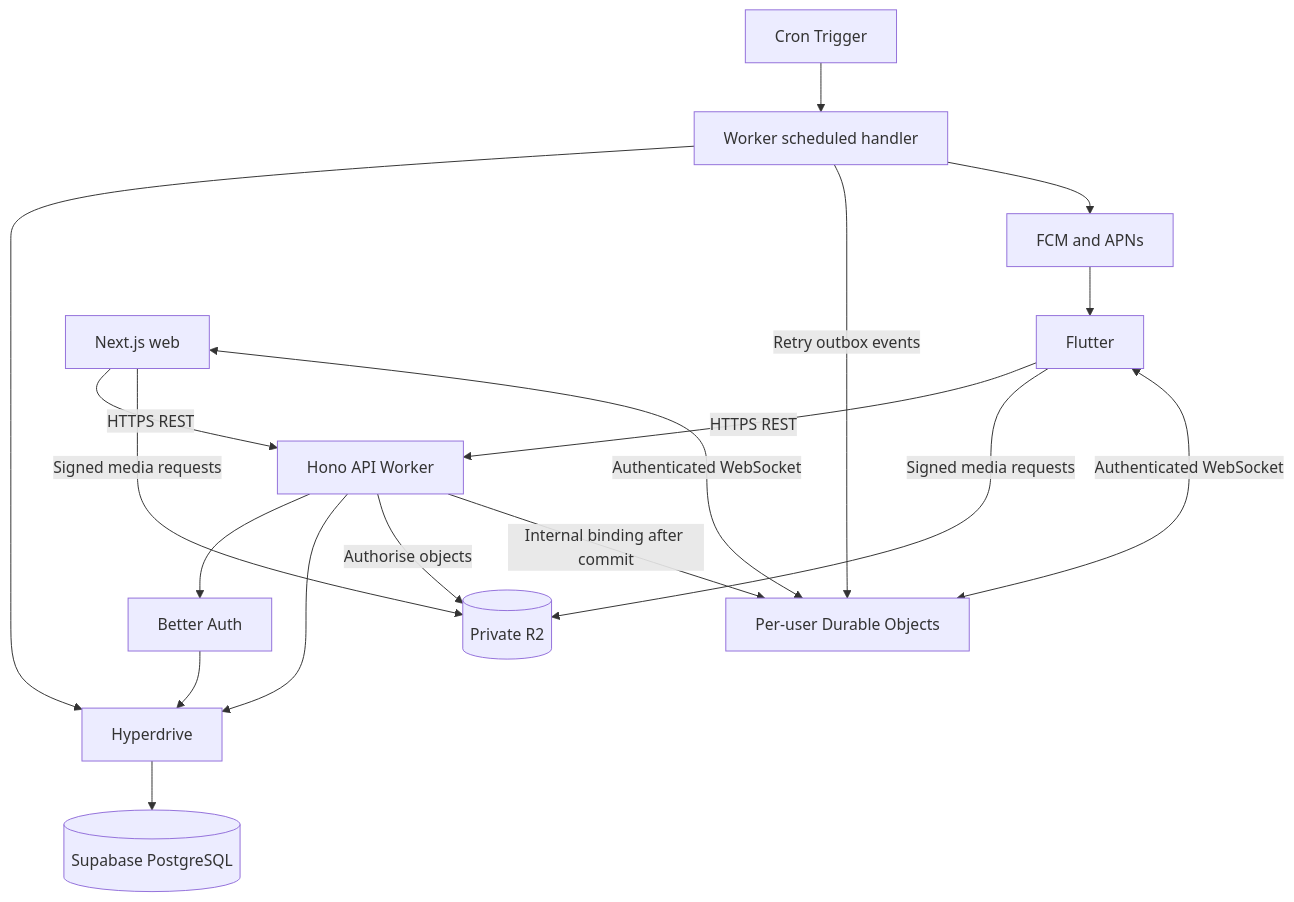
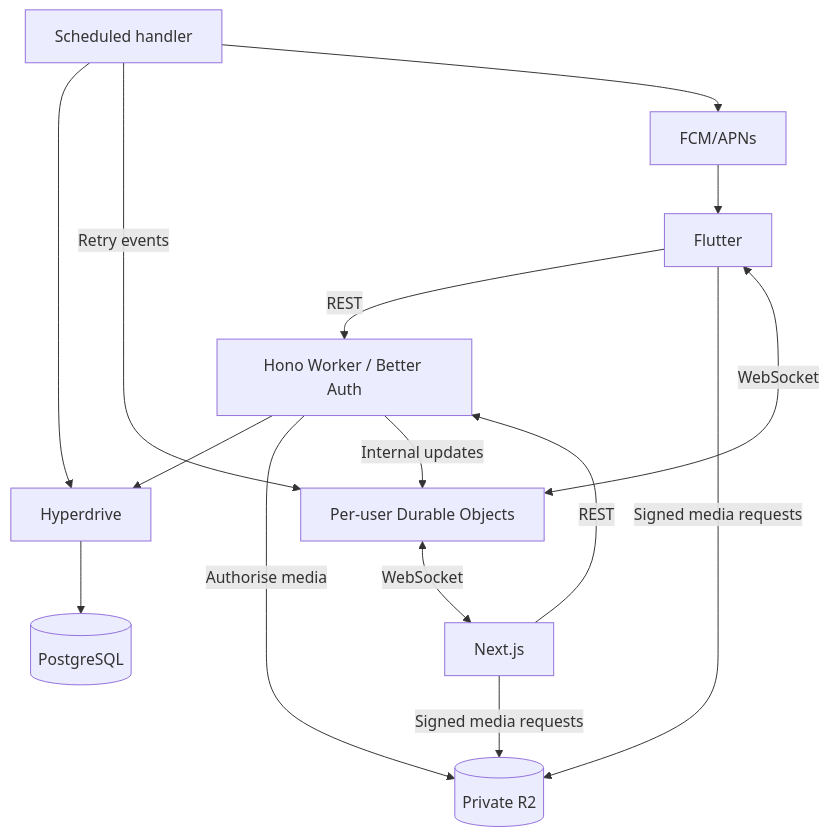
One commit to UOA-CS734-S2-2026/project-implementation-may-gan changed the diagram in docs/dayli/architecture.md. Above: the diagram before and after it, drawn with Mermaid. The commit also changed other lines of this file and 7 other files, not shown here.

````diff
--- a/docs/dayli/architecture.md
+++ b/docs/dayli/architecture.md
@@ -7,20 +5,17 @@
 ```mermaid
 flowchart TD
-    M[Flutter] -->|HTTPS REST| A[Hono API Worker]
-    W[Next.js web] -->|HTTPS REST| A
-    A --> I[Better Auth]
+    M[Flutter] -->|REST| A[Hono Worker / Better Auth]
+    W[Next.js] -->|REST| A
     A --> H[Hyperdrive]
-    I --> H
-    H --> P[(Supabase PostgreSQL)]
-    A -->|Authorise objects| R[(Private R2)]
+    H --> P[(PostgreSQL)]
+    A -->|Authorise media| R[(Private R2)]
     M -->|Signed media requests| R
     W -->|Signed media requests| R
-    A -->|Internal binding after commit| D[Per-user Durable Objects]
-    M <-->|Authenticated WebSocket| D
-    W <-->|Authenticated WebSocket| D
-    C[Cron Trigger] --> J[Worker scheduled handler]
-    J --> H
-    J -->|Retry outbox events| D
-    J --> F[FCM and APNs]
+    A -->|Internal updates| D[Per-user Durable Objects]
+    D <-->|WebSocket| M
+    D <-->|WebSocket| W
+    C[Scheduled handler] --> H
+    C -->|Retry events| D
+    C --> F[FCM/APNs]
     F --> M
 ```
````
